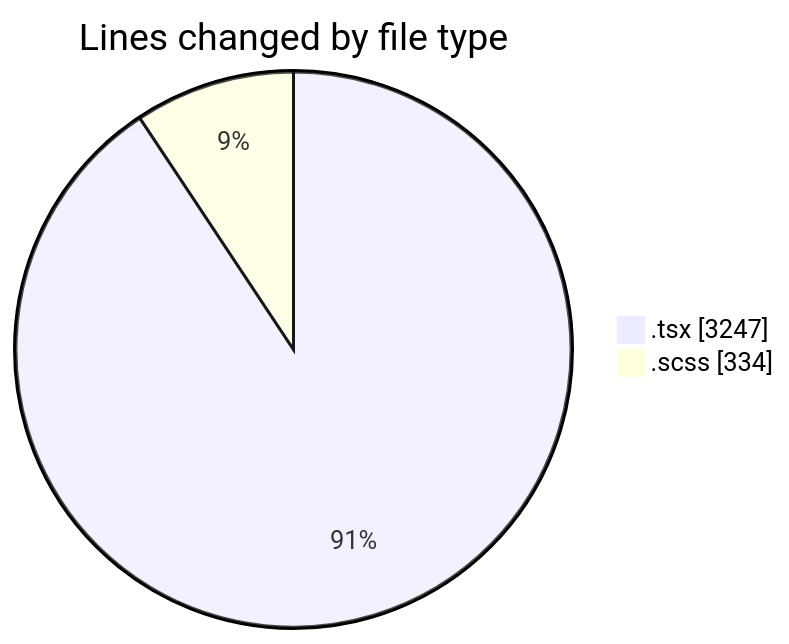
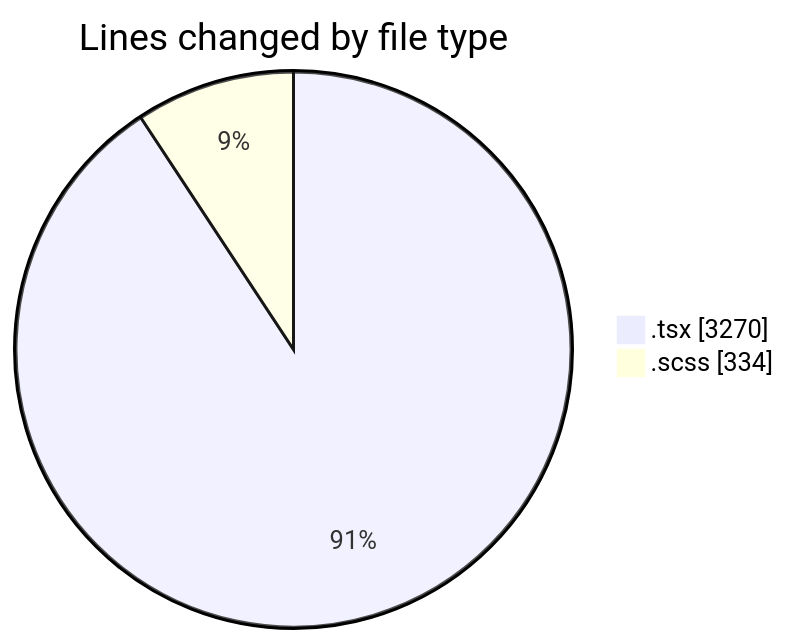
One commit to momahboobian/code-tracking changed the first of 2 diagrams in 2026-10-20/cda/README.md. Above: the diagram before and after it, drawn with Mermaid. The commit also changed other lines of this file and 1 other file, not shown here.

````diff
--- a/2026-10-20/cda/README.md
+++ b/2026-10-20/cda/README.md
@@ -32,6 +32,6 @@
 ```mermaid
 pie showData
 title Lines changed by file type
-".tsx" : 3247
+".tsx" : 3270
 ".scss" : 334
 ```
````
